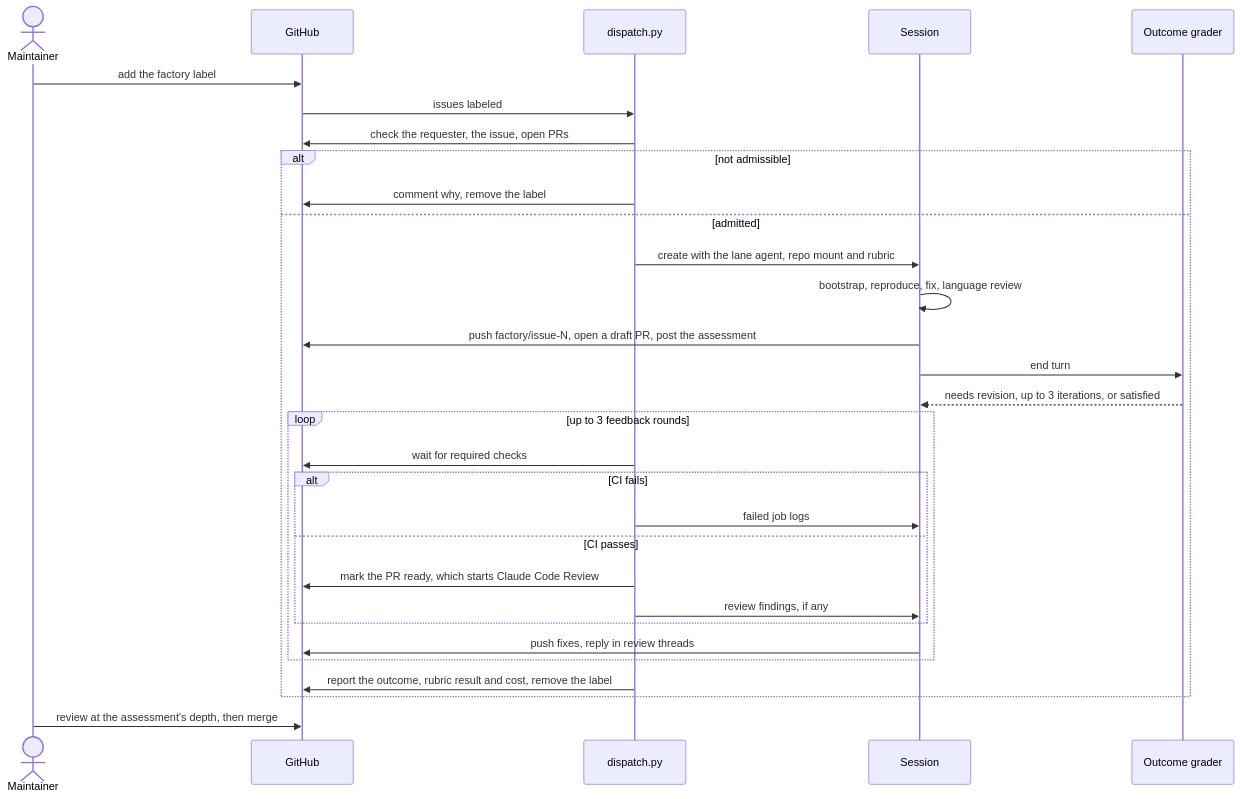
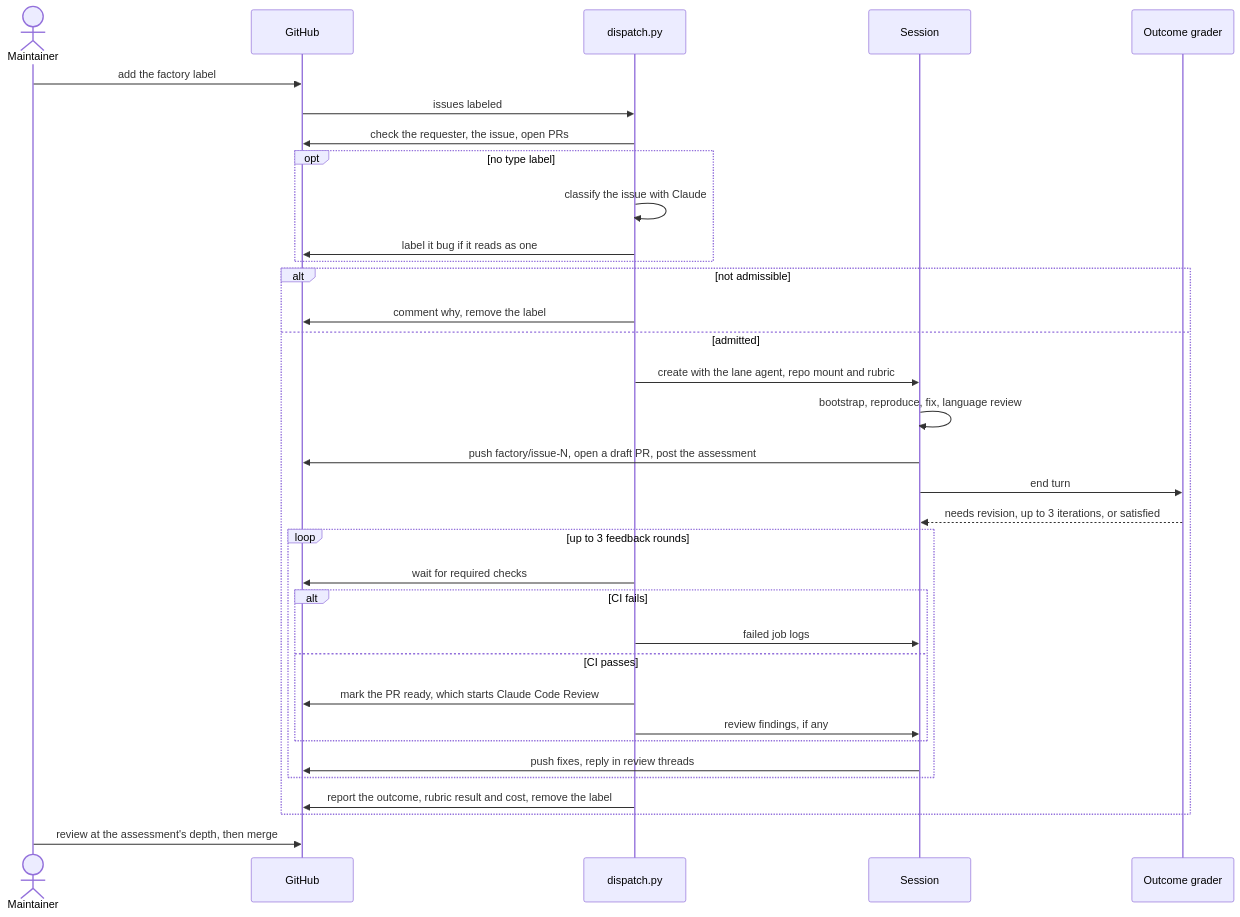
One commit to Arize-ai/openinference changed the second of 2 diagrams in factory/README.md. Above: the diagram before and after it, drawn with Mermaid. The commit also changed other lines of this file and 2 other files, not shown here.

Commit message:
fix(factory): classify an issue with no type label instead of skipping it (#4173)

````diff
--- a/factory/README.md
+++ b/factory/README.md
@@ -52,33 +52,37 @@
 ```mermaid
 sequenceDiagram
   actor maintainer as Maintainer
   participant github as GitHub
   participant dispatch as dispatch.py
   participant session as Session
   participant grader as Outcome grader
 
   maintainer->>github: add the factory label
   github->>dispatch: issues labeled
   dispatch->>github: check the requester, the issue, open PRs
+  opt no type label
+    dispatch->>dispatch: classify the issue with Claude
+    dispatch->>github: label it bug if it reads as one
+  end
   alt not admissible
     dispatch->>github: comment why, remove the label
   else admitted
     dispatch->>session: create with the lane agent, repo mount and rubric
     session->>session: bootstrap, reproduce, fix, language review
     session->>github: push factory/issue-N, open a draft PR, post the assessment
     session->>grader: end turn
     grader-->>session: needs revision, up to 3 iterations, or satisfied
     loop up to 3 feedback rounds
       dispatch->>github: wait for required checks
       alt CI fails
         dispatch->>session: failed job logs
       else CI passes
         dispatch->>github: mark the PR ready, which starts Claude Code Review
         dispatch->>session: review findings, if any
       end
       session->>github: push fixes, reply in review threads
     end
     dispatch->>github: report the outcome, rubric result and cost, remove the label
   end
   maintainer->>github: review at the assessment's depth, then merge
 ```
````
